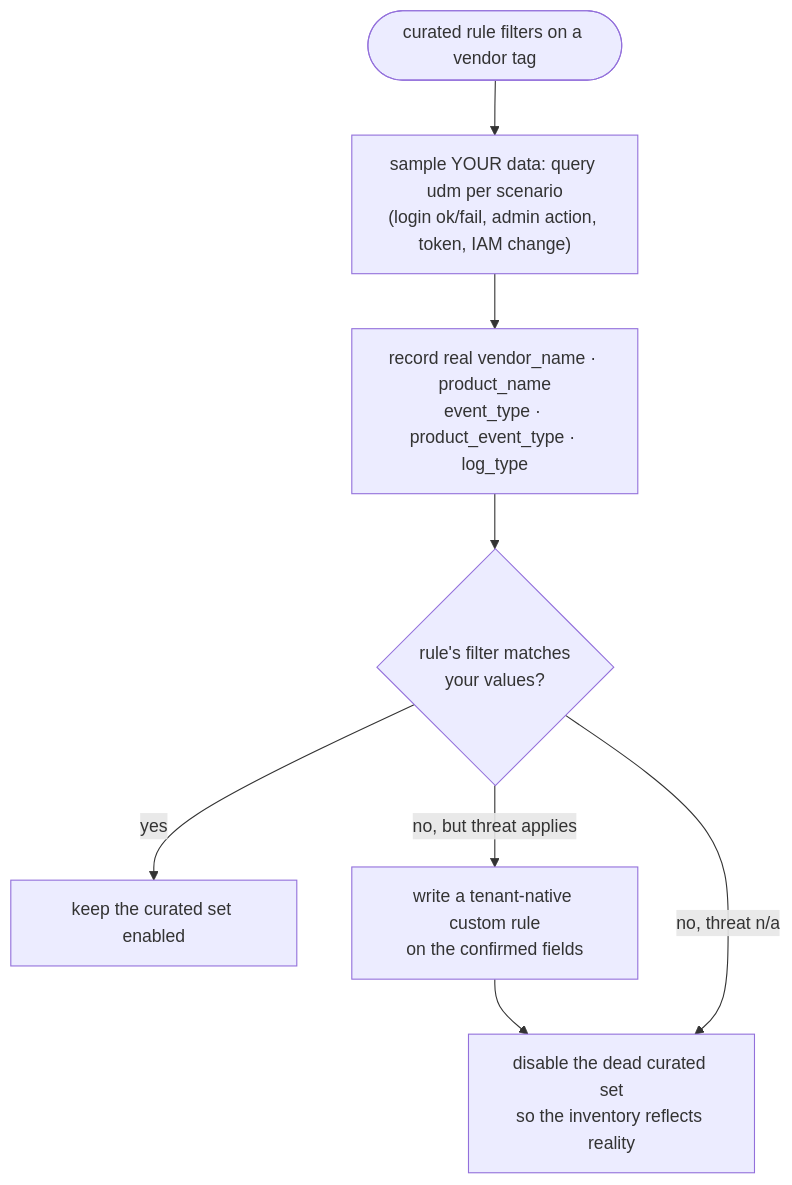
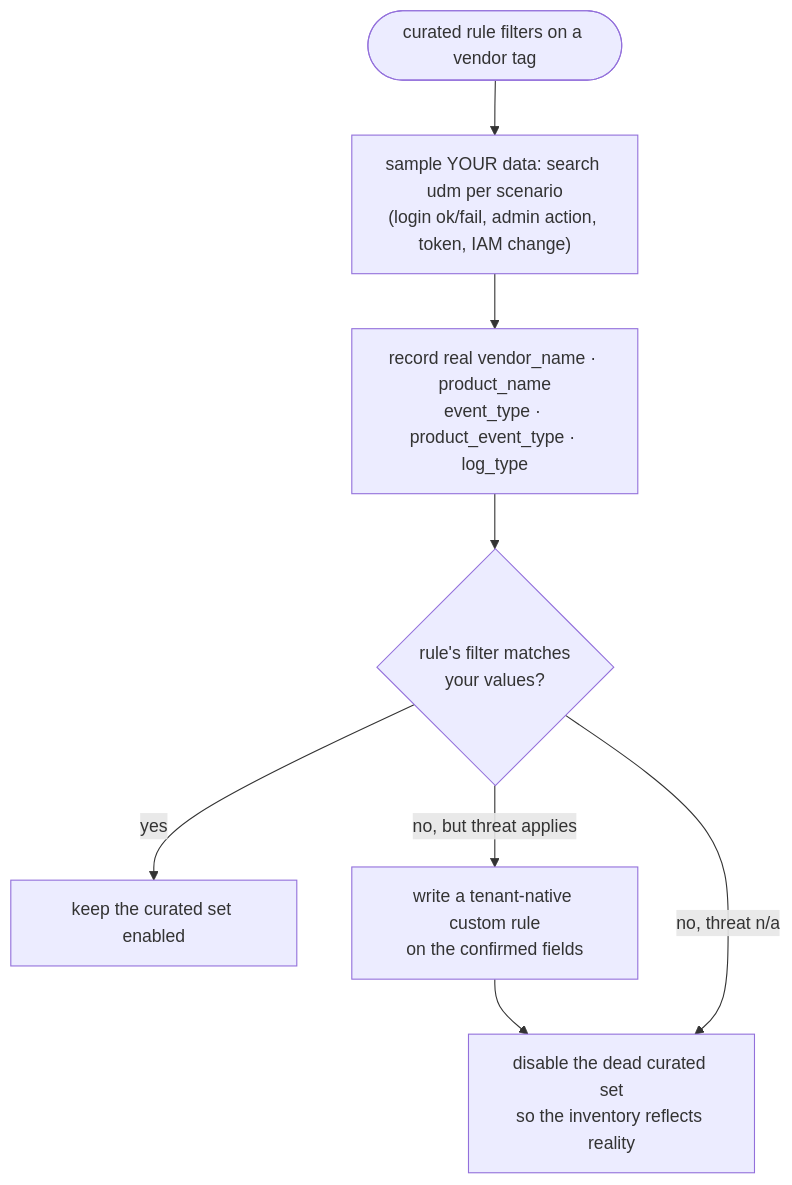
The diagram in docs/tips/07-udm-queries.md (dannyota/secops), drawn with Mermaid before and after one commit. The commit also changed other lines of this file and 40 other files, not shown here.

````diff
--- a/docs/tips/07-udm-queries.md
+++ b/docs/tips/07-udm-queries.md
@@ -89,10 +181,10 @@
 ```mermaid
 flowchart TD
-  start([curated rule filters on a vendor tag]) --> sample["sample YOUR data: query udm per scenario<br/>(login ok/fail, admin action, token, IAM change)"]
+  start([curated rule filters on a vendor tag]) --> sample["sample YOUR data: search udm per scenario<br/>(login ok/fail, admin action, token, IAM change)"]
   sample --> record["record real vendor_name · product_name<br/>event_type · product_event_type · log_type"]
   record --> match{"rule's filter matches<br/>your values?"}
   match -- yes --> keep["keep the curated set enabled"]
   match -- "no, but threat applies" --> custom["write a tenant-native custom rule<br/>on the confirmed fields"]
   custom --> disable["disable the dead curated set<br/>so the inventory reflects reality"]
   match -- "no, threat n/a" --> disable
 ```
````
